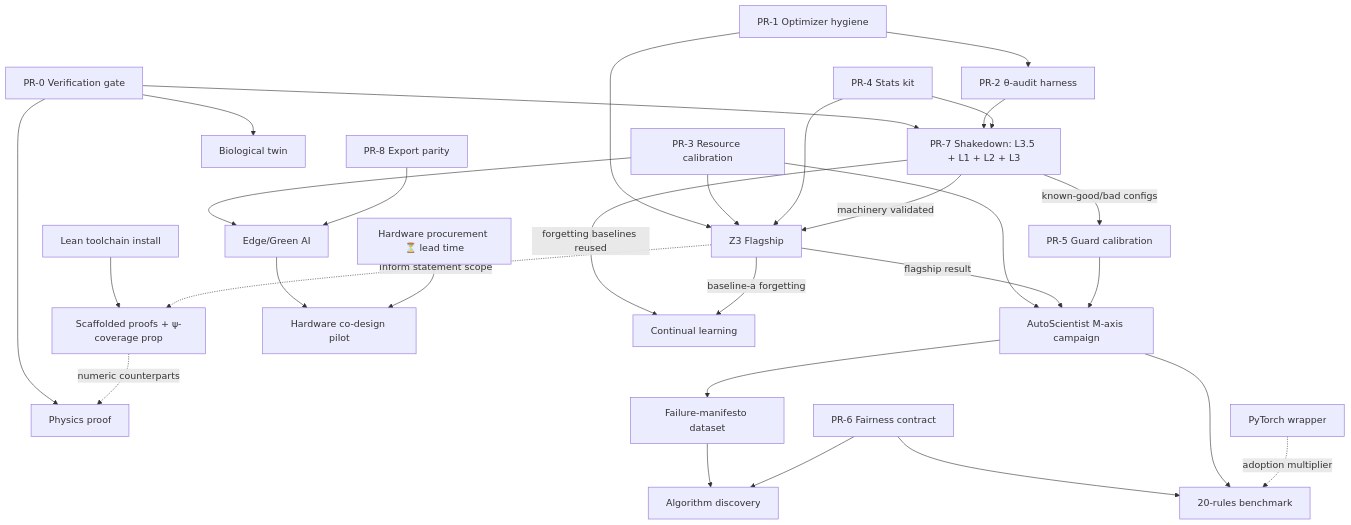
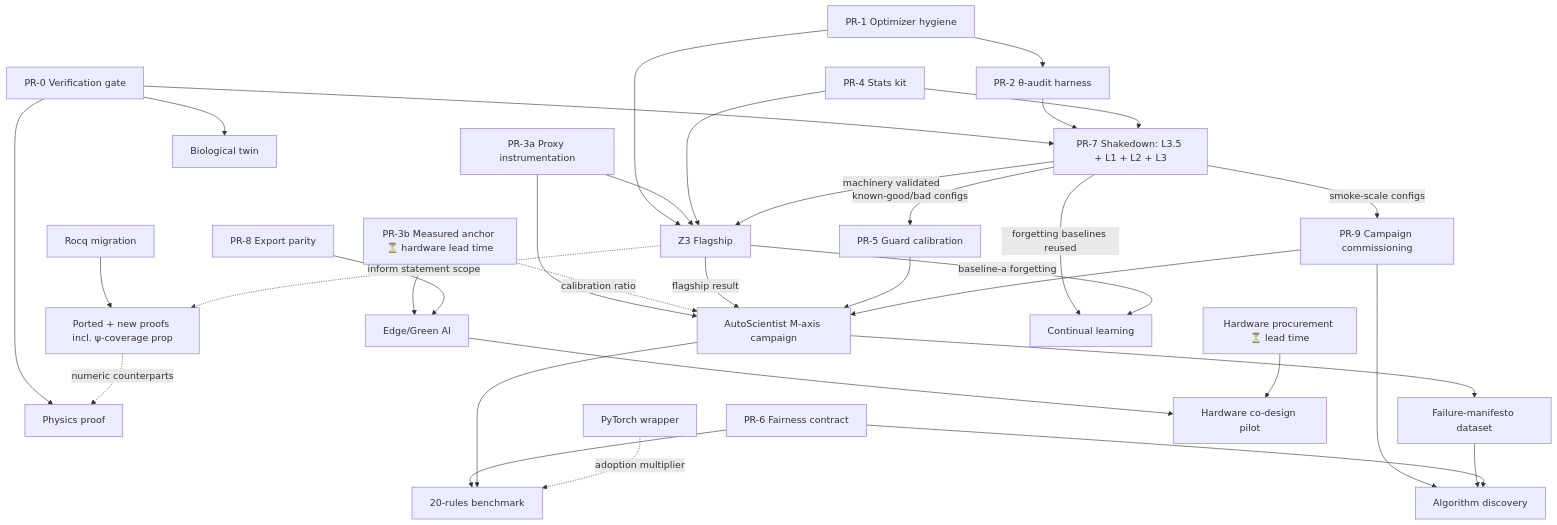
One commit to automenta/bioplausible changed the diagram in RESEARCH3.md. Above: the diagram before and after it, drawn with Mermaid. The commit also changed other lines of this file and 1 other file, not shown here.

````diff
--- a/RESEARCH3.md
+++ b/RESEARCH3.md
@@ -382,38 +398,42 @@
 ```mermaid
 flowchart TD
     PR0[PR-0 Verification gate] --> CHEAP[PR-7 Shakedown: L3.5 + L1 + L2 + L3]
     PR0 --> PHYS[Physics proof]
     PR0 --> TWIN[Biological twin]
 
     PR1[PR-1 Optimizer hygiene] --> PR2[PR-2 θ-audit harness] --> CHEAP
     PR1 --> Z3[Z3 Flagship]
-    PR3[PR-3 Resource calibration] --> Z3
-    PR3 --> FRONTIER[Pareto frontier campaign]
-    PR3 --> EDGE[Edge/Green AI]
+    PR3A[PR-3a Proxy instrumentation] --> Z3
+    PR3A --> FRONTIER[Pareto frontier campaign]
+    PR3B[PR-3b Measured anchor ⏳ hardware lead time] --> EDGE[Edge/Green AI]
+    PR3B -.->|calibration ratio| FRONTIER
 
     PR4[PR-4 Stats kit] --> CHEAP & Z3
 
     CHEAP -->|machinery validated| Z3
     CHEAP -->|known-good/bad configs| PR5[PR-5 Guard calibration]
+    CHEAP -->|smoke-scale configs| PR9[PR-9 Campaign commissioning]
     Z3 -->|flagship result| FRONTIER[AutoScientist M-axis campaign]
     PR5 --> FRONTIER
+    PR9 --> FRONTIER
+    PR9 --> DISCOVERY[Algorithm discovery]
     FRONTIER --> MANIFESTO[Failure-manifesto dataset]
-    MANIFESTO --> DISCOVERY[Algorithm discovery]
+    MANIFESTO --> DISCOVERY
     PR6[PR-6 Fairness contract] --> BENCH[20-rules benchmark]
     PR6 --> DISCOVERY
     FRONTIER --> BENCH
 
-    TLEAN[Lean toolchain install] --> PROOFS[Scaffolded proofs + ψ-coverage prop]
+    TLEAN[Rocq migration] --> PROOFS[Ported + new proofs incl. ψ-coverage prop]
     PROOFS -.->|numeric counterparts| PHYS
     Z3 -.->|inform statement scope| PROOFS
 
     WRAPPER[PyTorch wrapper] -.->|adoption multiplier| BENCH
 
     PR8[PR-8 Export parity] --> EDGE
     EDGE --> HW[Hardware co-design pilot]
     PROCURE[Hardware procurement ⏳ lead time] --> HW
 
     CONT[Continual learning]
     CHEAP -->|forgetting baselines reused| CONT
     Z3 -->|baseline-a forgetting| CONT
 ```
````
